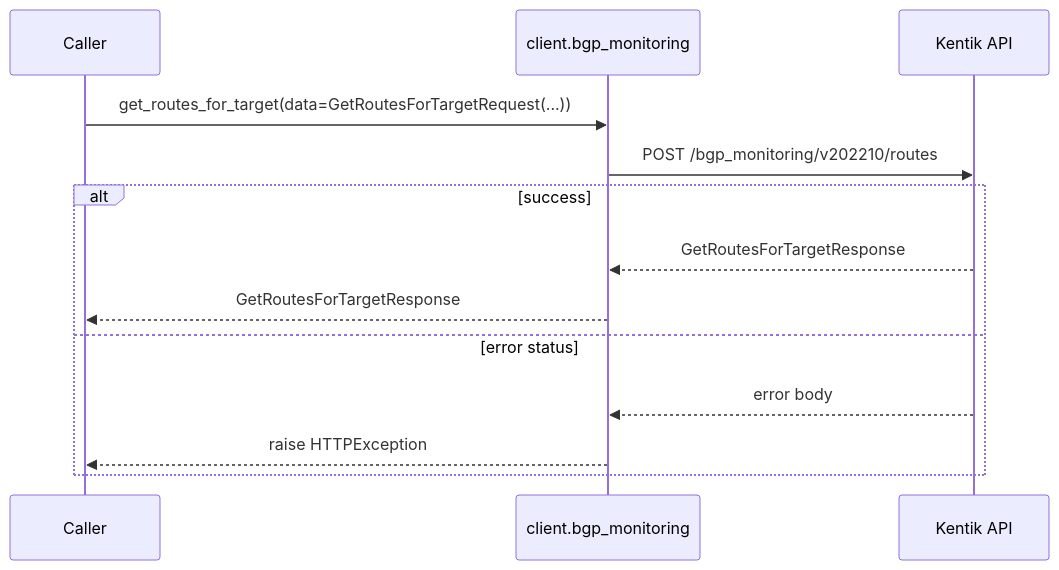
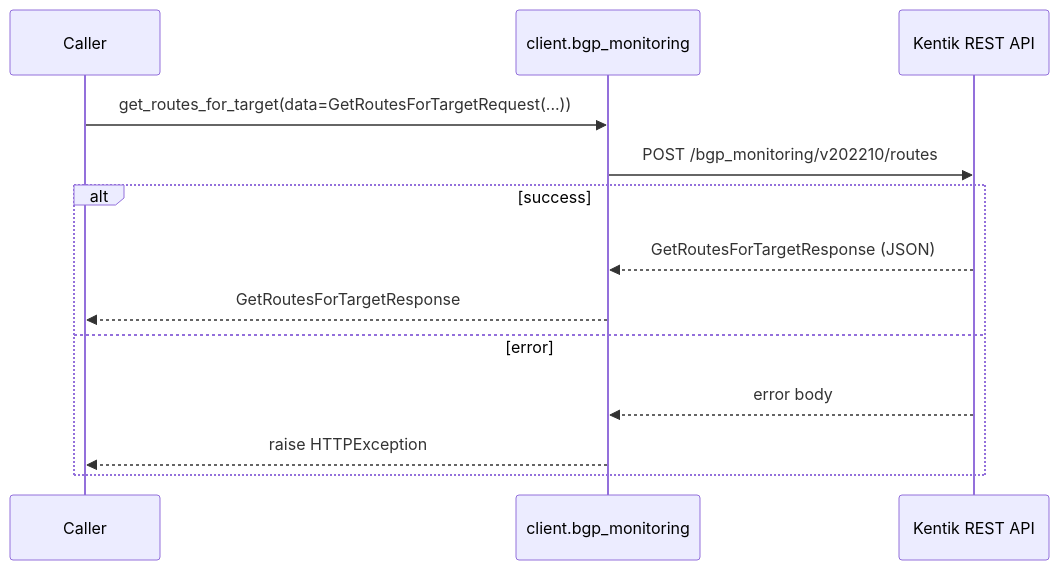
One commit to alexdearaujo/community_sdk_python changed the fourth of 18 diagrams in docs/sphinx/services/bgp_monitoring.md. Above: the diagram before and after it, drawn with Mermaid. The commit also changed other lines of this file and 61 other files, not shown here.

````diff
--- a/docs/sphinx/services/bgp_monitoring.md
+++ b/docs/sphinx/services/bgp_monitoring.md
@@ -85,16 +112,16 @@
 ```mermaid
 sequenceDiagram
     participant C as Caller
     participant W as client.bgp_monitoring
-    participant API as Kentik API
+    participant API as Kentik REST API
 
     C->>W: get_routes_for_target(data=GetRoutesForTargetRequest(...))
     W->>API: POST /bgp_monitoring/v202210/routes
     alt success
-        API-->>W: GetRoutesForTargetResponse
+        API-->>W: GetRoutesForTargetResponse (JSON)
         W-->>C: GetRoutesForTargetResponse
-    else error status
+    else error
         API-->>W: error body
         W-->>C: raise HTTPException
     end
 ```
````
